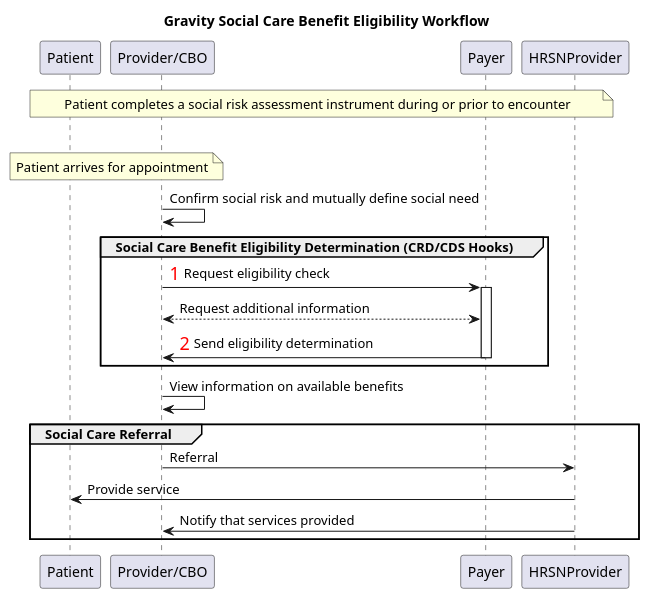
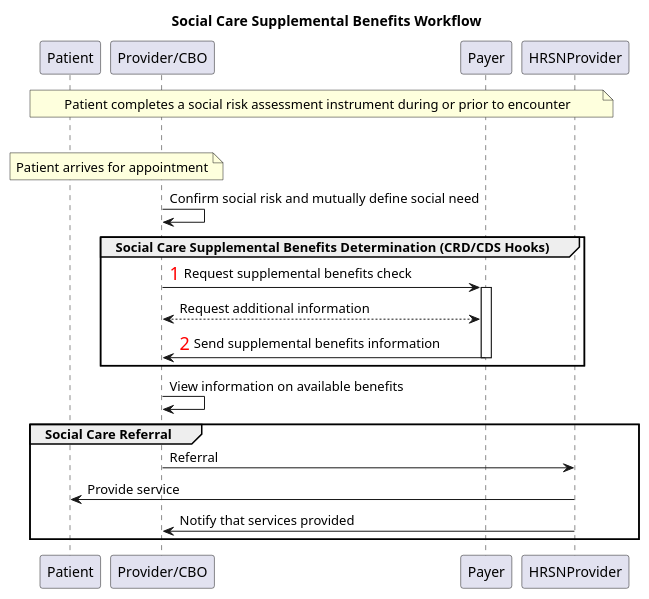
One commit to Gravity-SDOHCC/supplemental-benefits-check-connectathon changed the diagram in gravity_workflow.puml. Above: the diagram before and after it, drawn with PlantUML. The commit also changed 2 other files, not shown here.

```diff
--- a/gravity_workflow.puml
+++ b/gravity_workflow.puml
@@ -1,35 +1,35 @@
 @startuml
-title Gravity Social Care Benefit Eligibility Workflow
+title Social Care Supplemental Benefits Workflow
 
 participant Patient
 participant "Provider/CBO" as Provider
 participant Payer
 participant HRSNProvider
 
 note across: Patient completes a social risk assessment instrument during or prior to encounter
 'Provider -> Patient: Screening Questionnaire
 'Patient -> Provider: Screening QuestionnaireResponse
 |||
 note over Provider, Patient: Patient arrives for appointment
 Provider -> Provider: Confirm social risk and mutually define social need
-group Social Care Benefit Eligibility Determination (CRD/CDS Hooks)
+group Social Care Supplemental Benefits Determination (CRD/CDS Hooks)
   autonumber 1 "<font color=red size=18>"
-  Provider -> Payer: Request eligibility check
+  Provider -> Payer: Request supplemental benefits check
   autonumber stop
   activate Payer
 
   Payer <--> Provider: Request additional information
 
   autonumber 2 "<font color=red size=18>"
-  Payer -> Provider: Send eligibility determination
+  Payer -> Provider: Send supplemental benefits information
   autonumber stop
   deactivate Payer
 end
 Provider -> Provider: View information on available benefits
 
 group Social Care Referral
   Provider -> HRSNProvider: Referral
   HRSNProvider -> Patient: Provide service
   HRSNProvider -> Provider: Notify that services provided
 end
 @enduml
```
